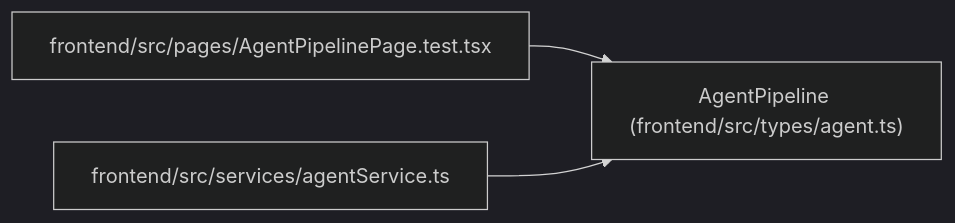
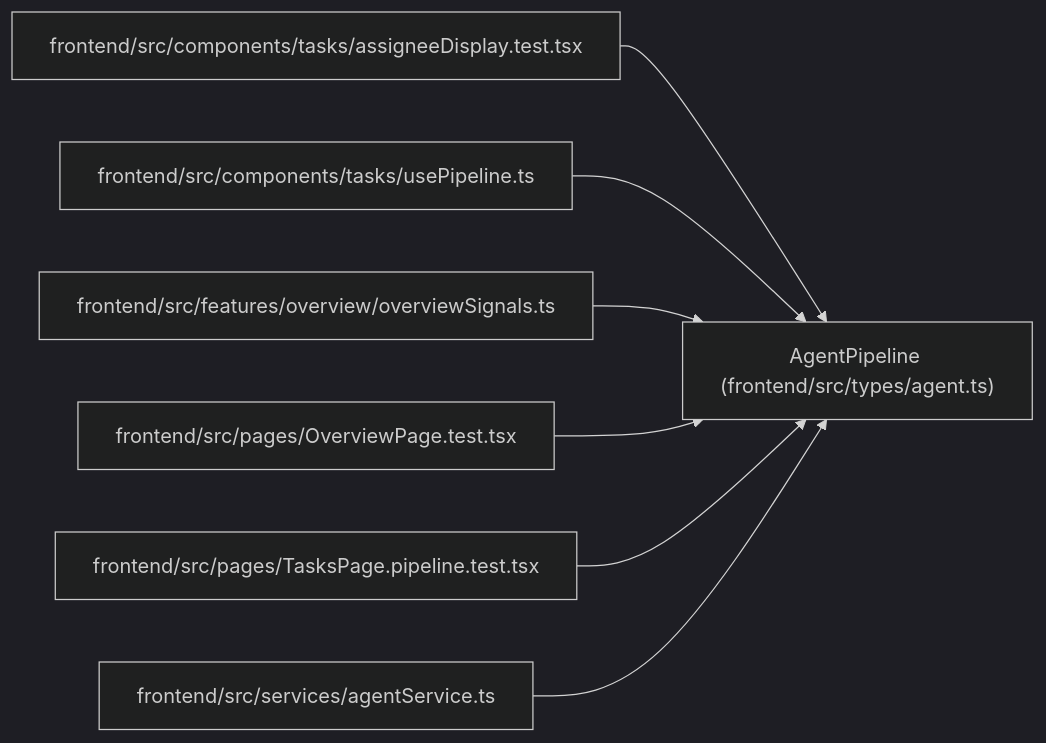
Before and after one commit to Denissvgn/WorkChord: the diagram in docs/llm_wiki/entities/AgentPipeline.md, drawn with Mermaid (dark theme). The commit also changed other lines of this file and 2373 other files, not shown here.

````diff
--- a/docs/llm_wiki/entities/AgentPipeline.md
+++ b/docs/llm_wiki/entities/AgentPipeline.md
@@ -31,11 +31,23 @@
 ```mermaid
 flowchart LR
     n0["AgentPipeline (frontend/src/types/agent.ts)"]
-    n1["frontend/src/pages/AgentPipelinePage.test.tsx"]
-    n2["frontend/src/services/agentService.ts"]
+    n1["frontend/src/components/tasks/assigneeDisplay.test.tsx"]
+    n2["frontend/src/components/tasks/usePipeline.ts"]
+    n3["frontend/src/features/overview/overviewSignals.ts"]
+    n4["frontend/src/pages/OverviewPage.test.tsx"]
+    n5["frontend/src/pages/TasksPage.pipeline.test.tsx"]
+    n6["frontend/src/services/agentService.ts"]
     n1 --> n0
     n2 --> n0
+    n3 --> n0
+    n4 --> n0
+    n5 --> n0
+    n6 --> n0
     click n0 "../modules/types_agent.md"
-    click n1 "../modules/AgentPipelinePage.test.md"
-    click n2 "../modules/agentService.md"
+    click n1 "../modules/assigneeDisplay.test.md"
+    click n2 "../modules/usePipeline.md"
+    click n3 "../modules/overviewSignals.md"
+    click n4 "../modules/OverviewPage.test.md"
+    click n5 "../modules/TasksPage.pipeline.test.md"
+    click n6 "../modules/agentService.md"
 ```
````
